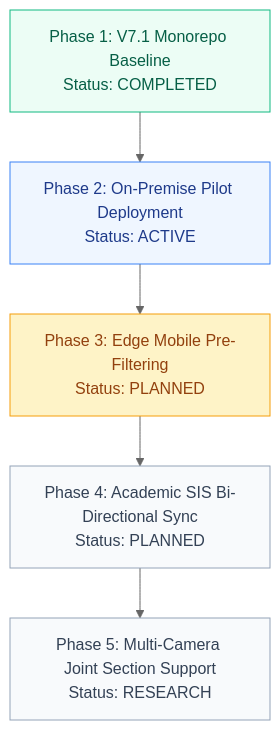
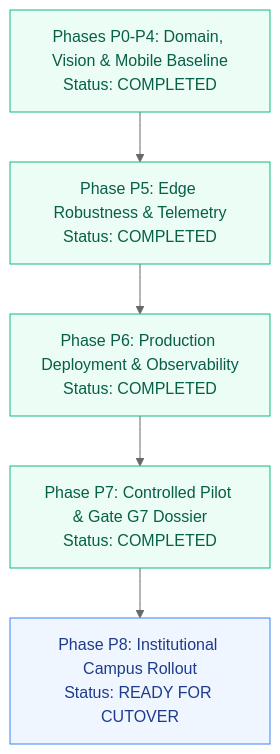
The diagram in wiki/Roadmap-and-Project-Status.md (KatkamKoushik/K-Squared-Face-Recognition-Attendance-System), drawn with Mermaid (neutral theme) before and after one commit. The commit also changed other lines of this file and 59 other files, not shown here.

````diff
--- a/wiki/Roadmap-and-Project-Status.md
+++ b/wiki/Roadmap-and-Project-Status.md
@@ -85,19 +85,19 @@
 ```mermaid
 flowchart TD
-    P1["Phase 1: V7.1 Monorepo Baseline<br/>Status: COMPLETED"]
-    P2["Phase 2: On-Premise Pilot Deployment<br/>Status: ACTIVE"]
-    P3["Phase 3: Edge Mobile Pre-Filtering<br/>Status: PLANNED"]
-    P4["Phase 4: Academic SIS Bi-Directional Sync<br/>Status: PLANNED"]
-    P5["Phase 5: Multi-Camera Joint Section Support<br/>Status: RESEARCH"]
+    P0["Phases P0-P4: Domain, Vision & Mobile Baseline<br/>Status: COMPLETED"]
+    P5["Phase P5: Edge Robustness & Telemetry<br/>Status: COMPLETED"]
+    P6["Phase P6: Production Deployment & Observability<br/>Status: COMPLETED"]
+    P7["Phase P7: Controlled Pilot & Gate G7 Dossier<br/>Status: COMPLETED"]
+    P8["Phase P8: Institutional Campus Rollout<br/>Status: READY FOR CUTOVER"]
 
-    P1 --> P2
-    P2 --> P3
-    P3 --> P4
-    P4 --> P5
+    P0 --> P5
+    P5 --> P6
+    P6 --> P7
+    P7 --> P8
 
-    style P1 fill:#ecfdf5,stroke:#10b981,color:#065f46
-    style P2 fill:#eff6ff,stroke:#3b82f6,color:#1e3a8a
-    style P3 fill:#fef3c7,stroke:#f59e0b,color:#92400e
-    style P4 fill:#f8fafc,stroke:#94a3b8,color:#334155
-    style P5 fill:#f8fafc,stroke:#94a3b8,color:#334155
+    style P0 fill:#ecfdf5,stroke:#10b981,color:#065f46
+    style P5 fill:#ecfdf5,stroke:#10b981,color:#065f46
+    style P6 fill:#ecfdf5,stroke:#10b981,color:#065f46
+    style P7 fill:#ecfdf5,stroke:#10b981,color:#065f46
+    style P8 fill:#eff6ff,stroke:#3b82f6,color:#1e3a8a
 ```
````
